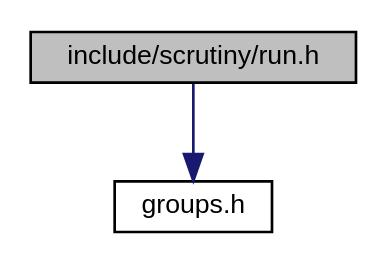
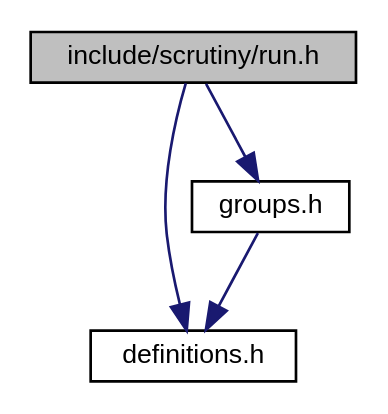
Before and after one commit to nickeldan/scrutiny: the diagram in docs/run_8h__incl.dot, drawn with Graphviz. The commit also changed 39 other files, not shown here.

```diff
--- a/docs/run_8h__incl.dot
+++ b/docs/run_8h__incl.dot
@@ -1,9 +1,12 @@
 digraph "include/scrutiny/run.h"
 {
  // LATEX_PDF_SIZE
   edge [fontname="Helvetica",fontsize="10",labelfontname="Helvetica",labelfontsize="10"];
   node [fontname="Helvetica",fontsize="10",shape=record];
   Node1 [label="include/scrutiny/run.h",height=0.2,width=0.4,color="black", fillcolor="grey75", style="filled", fontcolor="black",tooltip="Defines the runner functionality."];
   Node1 -> Node2 [color="midnightblue",fontsize="10",style="solid",fontname="Helvetica"];
-  Node2 [label="groups.h",height=0.2,width=0.4,color="black", fillcolor="white", style="filled",URL="$groups_8h.html",tooltip="Defines the group functionality."];
+  Node2 [label="definitions.h",height=0.2,width=0.4,color="black", fillcolor="white", style="filled",URL="$definitions_8h_source.html",tooltip=" "];
+  Node1 -> Node3 [color="midnightblue",fontsize="10",style="solid",fontname="Helvetica"];
+  Node3 [label="groups.h",height=0.2,width=0.4,color="black", fillcolor="white", style="filled",URL="$groups_8h.html",tooltip="Defines the group functionality."];
+  Node3 -> Node2 [color="midnightblue",fontsize="10",style="solid",fontname="Helvetica"];
 }
```
